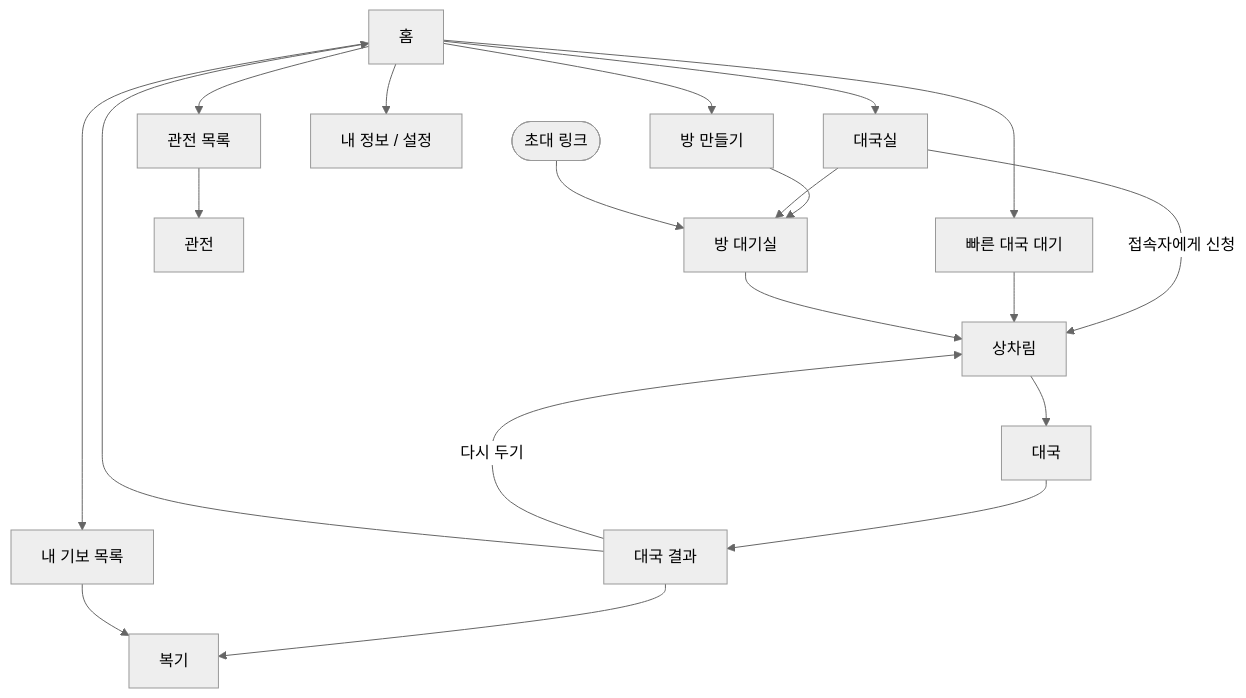
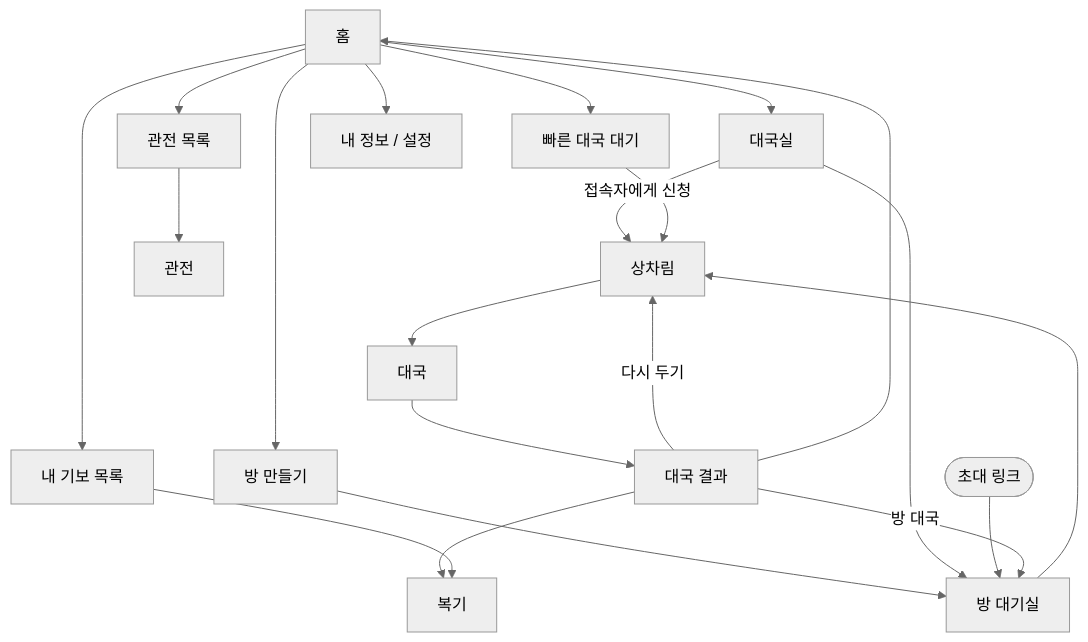
The diagram in docs/screens.md (korkis/janggi-go), drawn with Mermaid (neutral theme) before and after one commit. The commit also changed other lines of this file and 5 other files, not shown here.

````diff
--- a/docs/screens.md
+++ b/docs/screens.md
@@ -44,26 +44,27 @@
 ```mermaid
 flowchart TD
     Home[홈]
     Home --> Quick[빠른 대국 대기]
     Home --> Create[방 만들기]
     Home --> Lobby[대국실]
     Home --> Watch[관전 목록]
     Home --> Records[내 기보 목록]
     Home --> Me[내 정보 / 설정]
 
     Create --> Room[방 대기실]
     Lobby --> Room
     Link([초대 링크]) --> Room
     Lobby -->|접속자에게 신청| Setup
 
     Quick --> Setup[상차림]
     Room --> Setup
     Setup --> Game[대국]
     Game --> Result[대국 결과]
     Result --> Review[복기]
     Result -->|다시 두기| Setup
     Result --> Home
+    Result -->|방 대국| Room
 
     Watch --> Spectate[관전]
     Records --> Review
 ```
````
